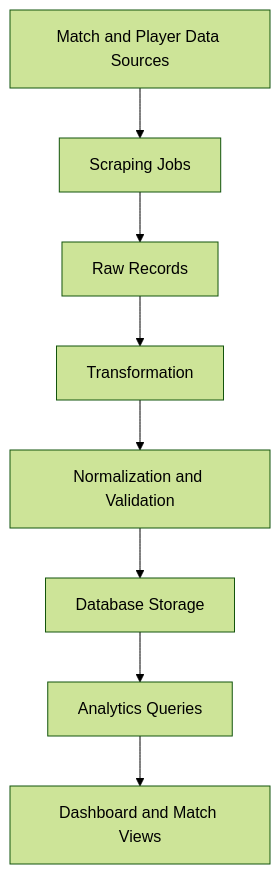
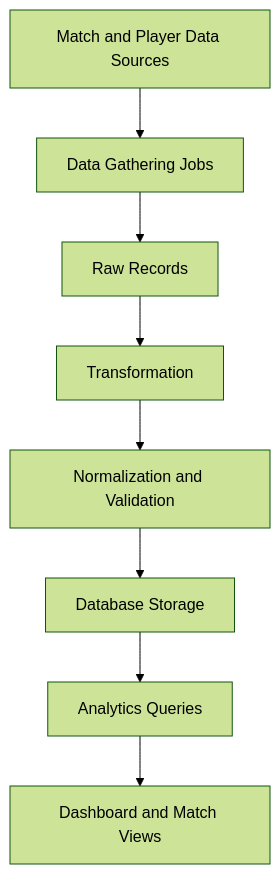
One commit to zurielzz/EA-1-Madrid-Stats-Data-Platform changed the diagram in diagrams/data-flow-diagram.md. Above: the diagram before and after it, drawn with Mermaid (forest theme). The commit also changed 8 other files, not shown here.

Commit message:
Rename data gathering docs and refine wording

````diff
--- a/diagrams/data-flow-diagram.md
+++ b/diagrams/data-flow-diagram.md
@@ -3,19 +3,19 @@
 ```mermaid
 flowchart TD
     A[Match and Player Data Sources]
-    B[Scraping Jobs]
+    B[Data Gathering Jobs]
     C[Raw Records]
     D[Transformation]
     E[Normalization and Validation]
     F[Database Storage]
     G[Analytics Queries]
     H[Dashboard and Match Views]
 
     A --> B
     B --> C
     C --> D
     D --> E
     E --> F
     F --> G
     G --> H
 ```
````
